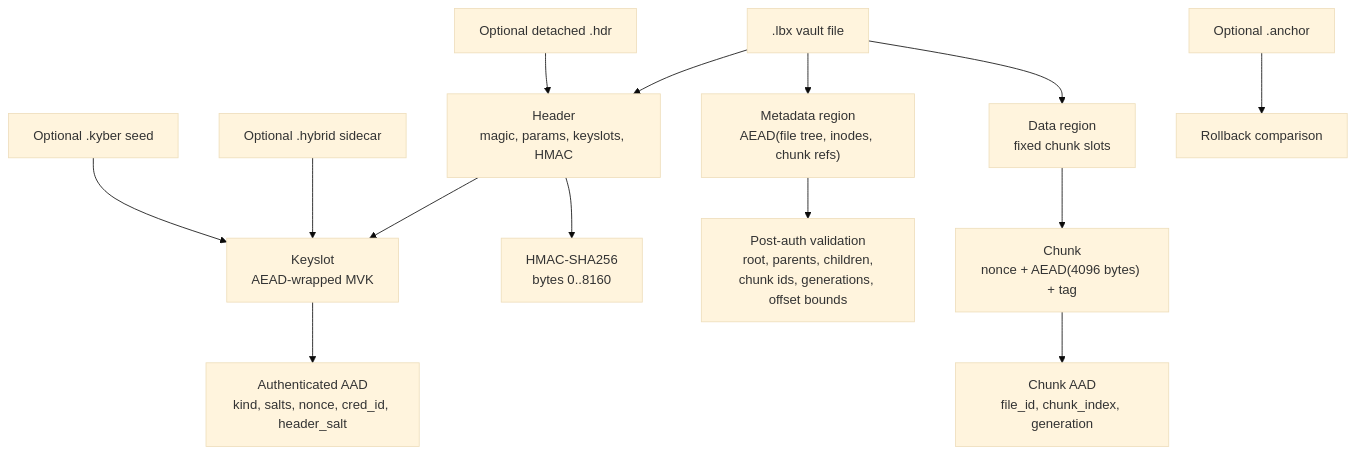
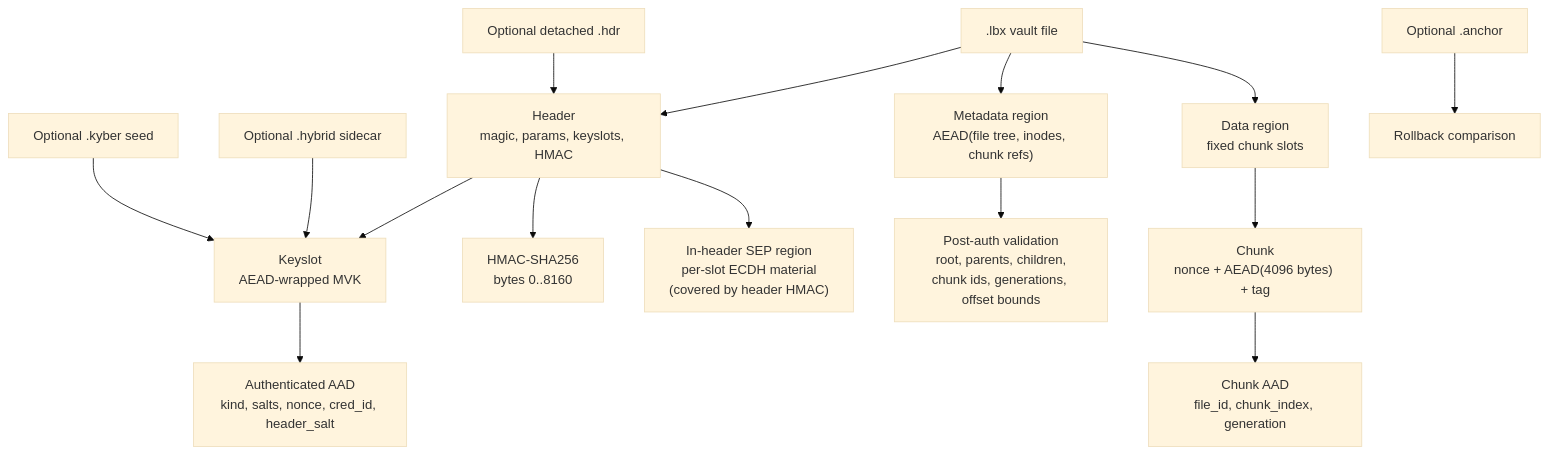
One commit to PentHertz/LUKSbox changed the second of 4 diagrams in docs/SECURITY_ARCHITECTURE.md. Above: the diagram before and after it, drawn with Mermaid (base theme). The commit also changed other lines of this file and 12 other files, not shown here.

````diff
--- a/docs/SECURITY_ARCHITECTURE.md
+++ b/docs/SECURITY_ARCHITECTURE.md
@@ -44,19 +45,20 @@
 ```mermaid
 flowchart TD
     VaultFile[".lbx vault file"] --> Header["Header<br/>magic, params, keyslots, HMAC"]
     VaultFile --> MetadataRegion["Metadata region<br/>AEAD(file tree, inodes, chunk refs)"]
     VaultFile --> DataRegion["Data region<br/>fixed chunk slots"]
 
     Header --> Keyslot0["Keyslot<br/>AEAD-wrapped MVK"]
     Keyslot0 --> AAD["Authenticated AAD<br/>kind, salts, nonce, cred_id, header_salt"]
     Header --> HMAC["HMAC-SHA256<br/>bytes 0..8160"]
+    Header --> SepRegion["In-header SEP region<br/>per-slot ECDH material<br/>(covered by header HMAC)"]
 
     MetadataRegion --> TreeValidation["Post-auth validation<br/>root, parents, children,<br/>chunk ids, generations, offset bounds"]
     DataRegion --> Chunk["Chunk<br/>nonce + AEAD(4096 bytes) + tag"]
     Chunk --> ChunkAAD["Chunk AAD<br/>file_id, chunk_index, generation"]
 
     Detached["Optional detached .hdr"] --> Header
     Hybrid["Optional .hybrid sidecar"] --> Keyslot0
     Kyber["Optional .kyber seed"] --> Keyslot0
     Anchor["Optional .anchor"] --> Rollback["Rollback comparison"]
 ```
````
